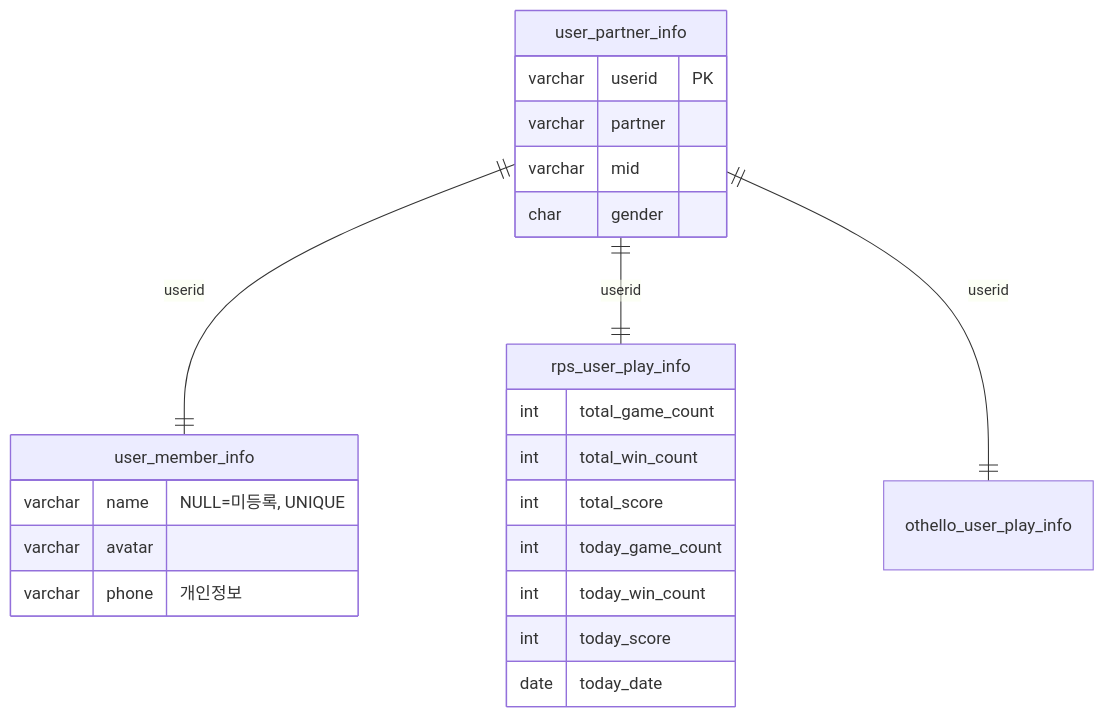
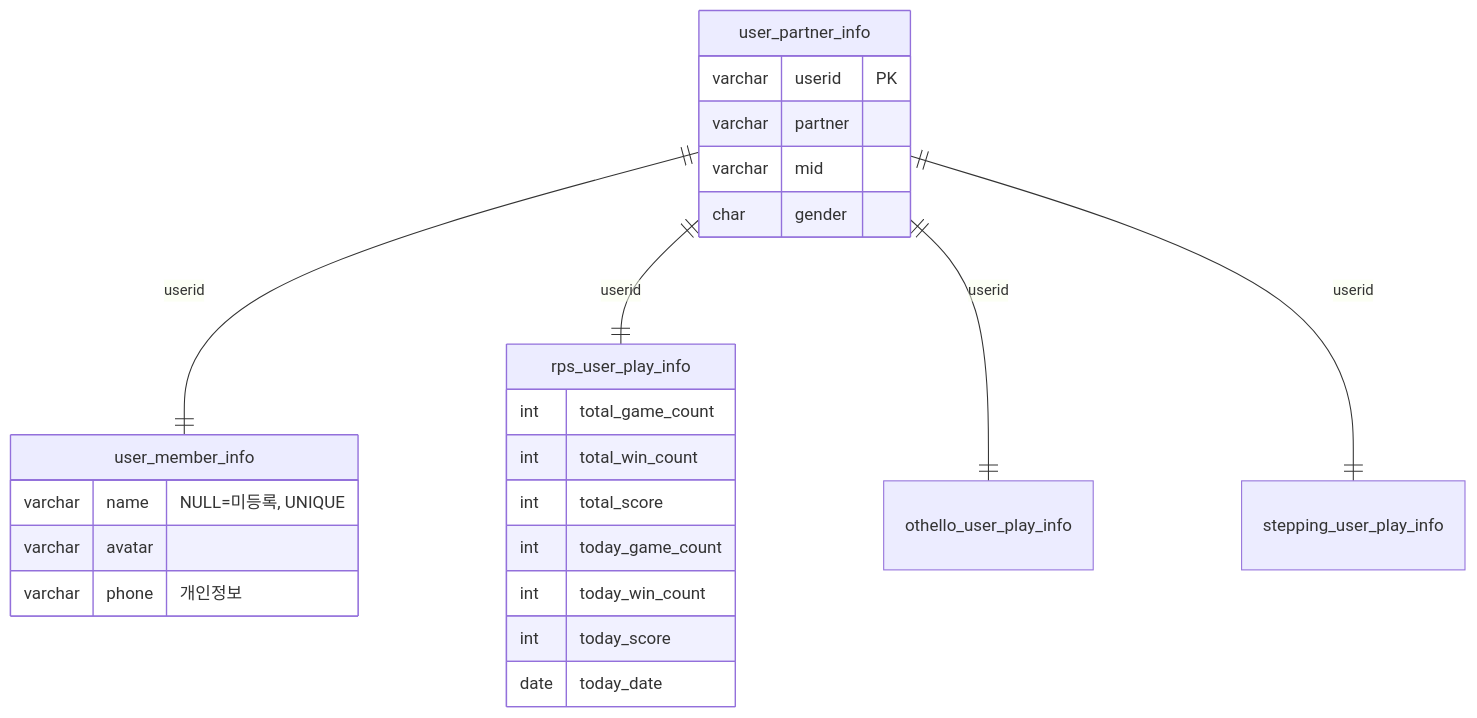
The ninth of 9 diagrams in CLAUDE.md (chadolcap/multi_game_vibe_coding_server_ruflo), drawn with Mermaid before and after one commit. The commit also changed other lines of this file and 26 other files, not shown here.

````diff
--- a/CLAUDE.md
+++ b/CLAUDE.md
@@ -445,26 +485,27 @@
 ```mermaid
 erDiagram
     user_partner_info ||--|| user_member_info : userid
     user_partner_info ||--|| rps_user_play_info : userid
     user_partner_info ||--|| othello_user_play_info : userid
+    user_partner_info ||--|| stepping_user_play_info : userid
     user_partner_info {
         varchar userid PK
         varchar partner
         varchar mid
         char gender
     }
     user_member_info {
         varchar name "NULL=미등록, UNIQUE"
         varchar avatar
         varchar phone "개인정보"
     }
     rps_user_play_info {
         int total_game_count
         int total_win_count
         int total_score
         int today_game_count
         int today_win_count
         int today_score
         date today_date
     }
 ```
````
